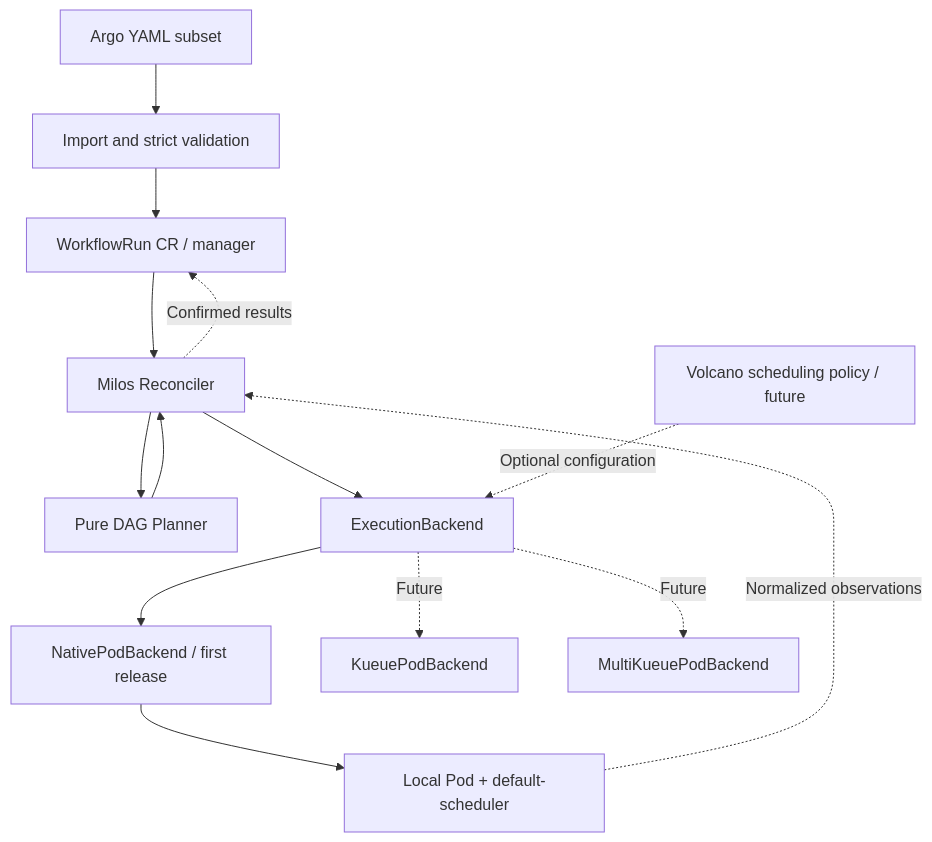
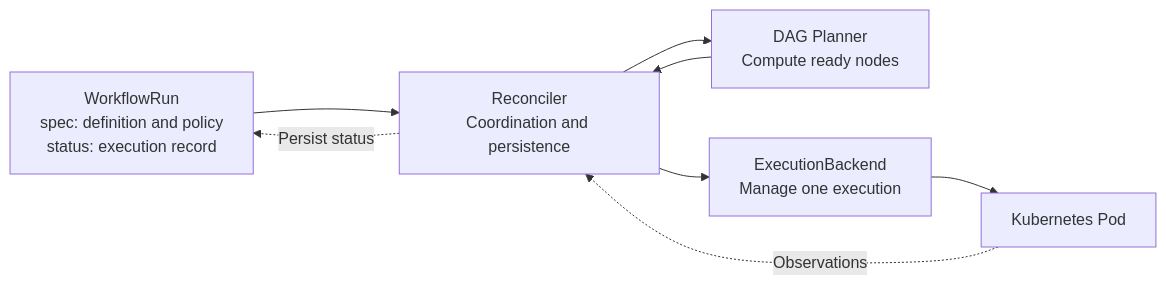
One commit to wsq2333/milos changed the diagram in README.md. Above: the diagram before and after it, drawn with Mermaid. The commit also changed other lines of this file and 27 other files, not shown here.

Commit message:
feat: implement native Pod workflow execution core

````diff
--- a/README.md
+++ b/README.md
@@ -67,16 +67,16 @@
 ```mermaid
-flowchart TD
-    Y[Argo YAML subset] --> I[Import and strict validation]
-    I --> W[WorkflowRun CR / manager]
-    W --> R[Milos Reconciler]
-    R --> P[Pure DAG Planner]
+flowchart LR
+    W["WorkflowRun<br/>spec: definition and policy<br/>status: execution record"]
+    R["Reconciler<br/>Coordination and persistence"]
+    P["DAG Planner<br/>Compute ready nodes"]
+    B["ExecutionBackend<br/>Manage one execution"]
+    K["Kubernetes Pod"]
+
+    W --> R
+    R --> P
     P --> R
-    R --> E[ExecutionBackend]
-    E --> N[NativePodBackend / first release]
-    N --> LP[Local Pod + default-scheduler]
-    LP -. Normalized observations .-> R
-    E -. Future .-> K[KueuePodBackend]
-    E -. Future .-> M[MultiKueuePodBackend]
-    V[Volcano scheduling policy / future] -. Optional configuration .-> E
-    R -. Confirmed results .-> W
+    R --> B
+    B --> K
+    K -. Observations .-> R
+    R -. Persist status .-> W
 ```
````
